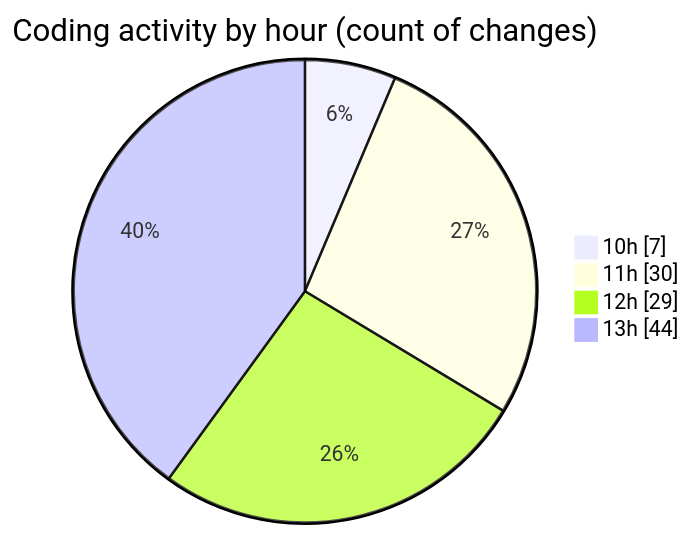
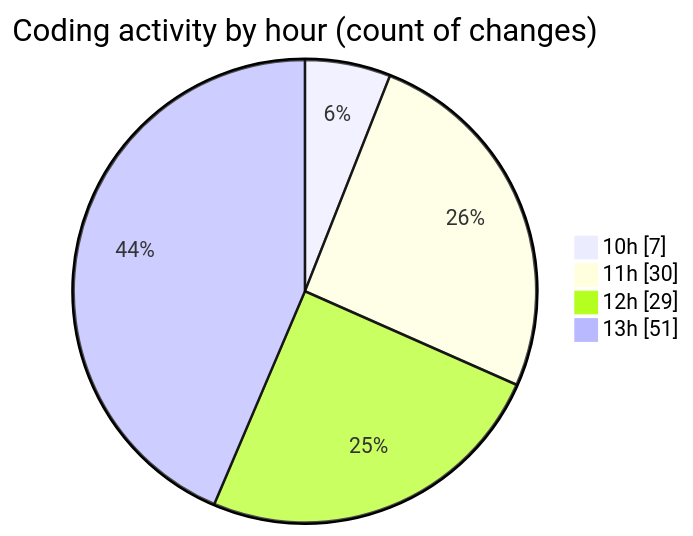
The second of 2 diagrams in 2025-06-26/cda/README.md (momahboobian/code-tracking), drawn with Mermaid before and after one commit. The commit also changed other lines of this file and 1 other file, not shown here.

````diff
--- a/2025-06-26/cda/README.md
+++ b/2025-06-26/cda/README.md
@@ -39,8 +39,8 @@
 ```mermaid
 pie showData
 title Coding activity by hour (count of changes)
 "10h" : 7
 "11h" : 30
 "12h" : 29
-"13h" : 44
+"13h" : 51
 ```
````
